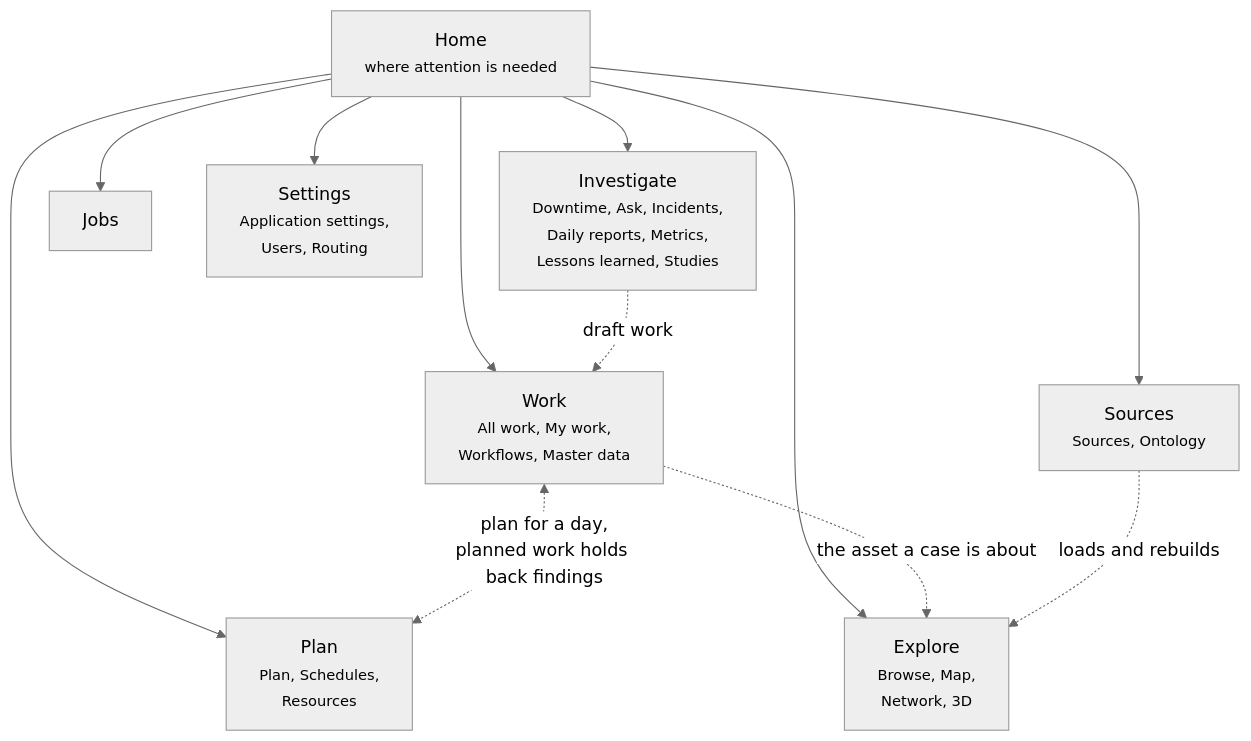
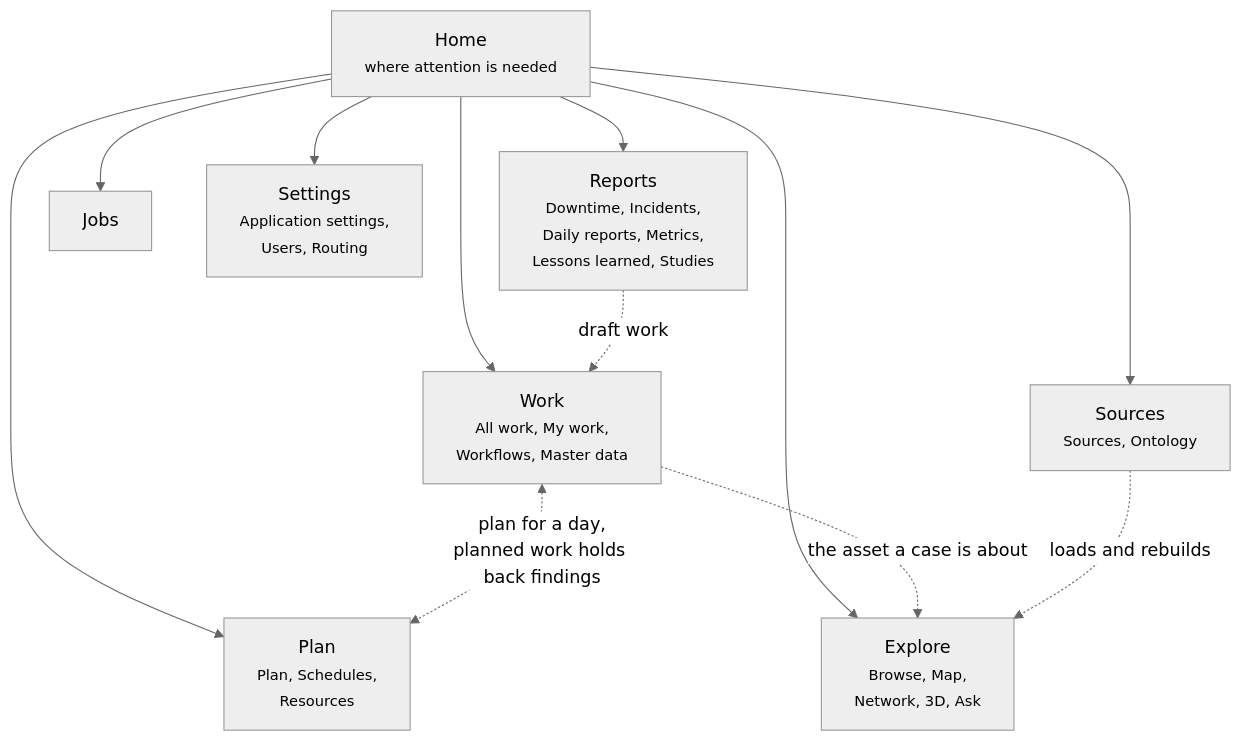
One commit to areed145/fuzer changed the diagram in docs/tour.md. Above: the diagram before and after it, drawn with Mermaid (neutral theme). The commit also changed other lines of this file and 22 other files, not shown here.

First line of the commit message:
App search at the top left: pages, tabs, records and questions; Investigate is Reports, Ask is under Explore

````diff
--- a/docs/tour.md
+++ b/docs/tour.md
@@ -13,15 +15,15 @@
 ```mermaid
 flowchart TB
   home["Home<br><small>where attention is needed</small>"]
   home --> work["Work<br><small>All work, My work,<br>Workflows, Master data</small>"]
   home --> plan["Plan<br><small>Plan, Schedules,<br>Resources</small>"]
-  home --> explore["Explore<br><small>Browse, Map,<br>Network, 3D</small>"]
-  home --> investigate["Investigate<br><small>Downtime, Ask, Incidents,<br>Daily reports, Metrics,<br>Lessons learned, Studies</small>"]
+  home --> explore["Explore<br><small>Browse, Map,<br>Network, 3D, Ask</small>"]
+  home --> reports["Reports<br><small>Downtime, Incidents,<br>Daily reports, Metrics,<br>Lessons learned, Studies</small>"]
   home --> sources["Sources<br><small>Sources, Ontology</small>"]
   home --> jobs["Jobs"]
   home --> settings["Settings<br><small>Application settings,<br>Users, Routing</small>"]
   work <-.->|"plan for a day,<br>planned work holds back findings"| plan
   work -.->|"the asset a case is about"| explore
-  investigate -.->|"draft work"| work
+  reports -.->|"draft work"| work
   sources -.->|"loads and rebuilds"| explore
 ```
````
